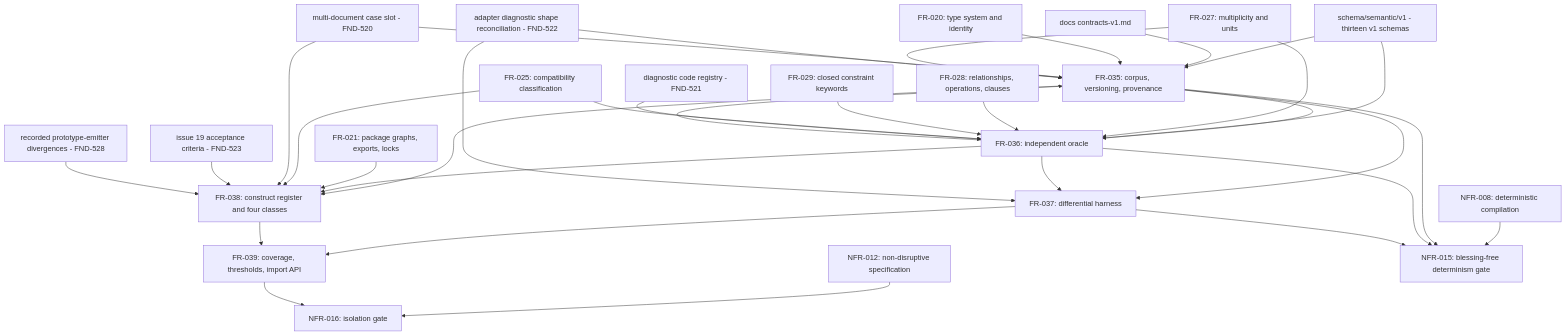
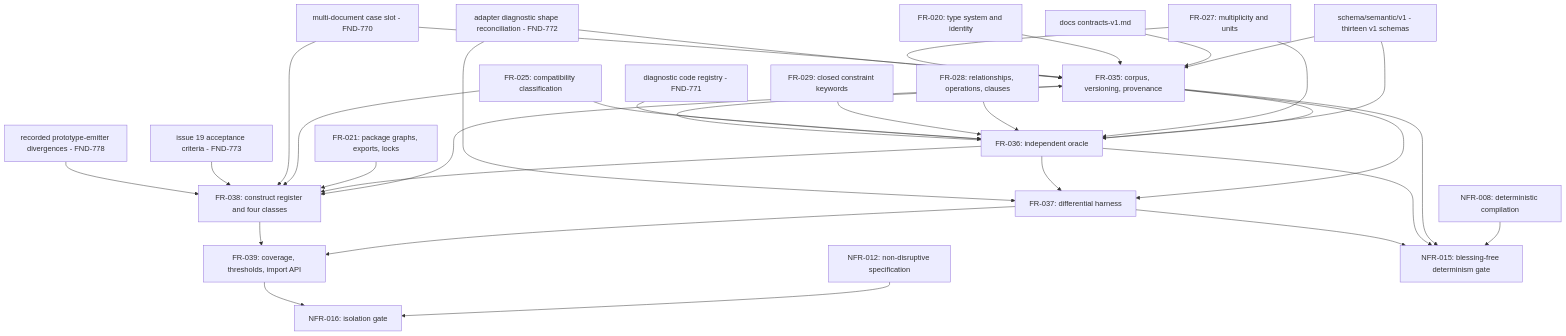
Before and after one commit to agent-ix/filament-core-data: the diagram in spec/reviews/20-conformance-corpus/dependency.md, drawn with Mermaid. The commit also changed other lines of this file and 32 other files, not shown here.

````diff
--- a/spec/reviews/20-conformance-corpus/dependency.md
+++ b/spec/reviews/20-conformance-corpus/dependency.md
@@ -85,57 +85,57 @@
 ```mermaid
 graph TD
   FR020[FR-020: type system and identity]
   FR021[FR-021: package graphs, exports, locks]
   FR025[FR-025: compatibility classification]
   FR027[FR-027: multiplicity and units]
   FR028[FR-028: relationships, operations, clauses]
   FR029[FR-029: closed constraint keywords]
   NFR008[NFR-008: deterministic compilation]
   NFR012[NFR-012: non-disruptive specification]
   SCH[schema/semantic/v1 - thirteen v1 schemas]
   DOC[docs contracts-v1.md]
-  CODES[diagnostic code registry - FND-521]
-  DSHAPE[adapter diagnostic shape reconciliation - FND-522]
-  MULTIDOC[multi-document case slot - FND-520]
-  AC19[issue 19 acceptance criteria - FND-523]
-  DEFECTS[recorded prototype-emitter divergences - FND-528]
+  CODES[diagnostic code registry - FND-771]
+  DSHAPE[adapter diagnostic shape reconciliation - FND-772]
+  MULTIDOC[multi-document case slot - FND-770]
+  AC19[issue 19 acceptance criteria - FND-773]
+  DEFECTS[recorded prototype-emitter divergences - FND-778]
   FR035[FR-035: corpus, versioning, provenance]
   FR036[FR-036: independent oracle]
   FR037[FR-037: differential harness]
   FR038[FR-038: construct register and four classes]
   FR039[FR-039: coverage, thresholds, import API]
   NFR015[NFR-015: blessing-free determinism gate]
   NFR016[NFR-016: isolation gate]
   SCH --> FR035
   DOC --> FR035
   FR020 --> FR035
   FR027 --> FR035
   MULTIDOC --> FR035
   DSHAPE --> FR035
   FR035 --> FR036
   SCH --> FR036
   FR027 --> FR036
   FR028 --> FR036
   FR029 --> FR036
   FR025 --> FR036
   CODES --> FR036
   FR036 --> FR035
   FR035 --> FR037
   FR036 --> FR037
   DSHAPE --> FR037
   FR035 --> FR038
   FR036 --> FR038
   FR021 --> FR038
   FR025 --> FR038
   MULTIDOC --> FR038
   AC19 --> FR038
   DEFECTS --> FR038
   FR037 --> FR039
   FR038 --> FR039
   NFR008 --> NFR015
   FR035 --> NFR015
   FR036 --> NFR015
   FR037 --> NFR015
   NFR012 --> NFR016
   FR039 --> NFR016
 ```
````
